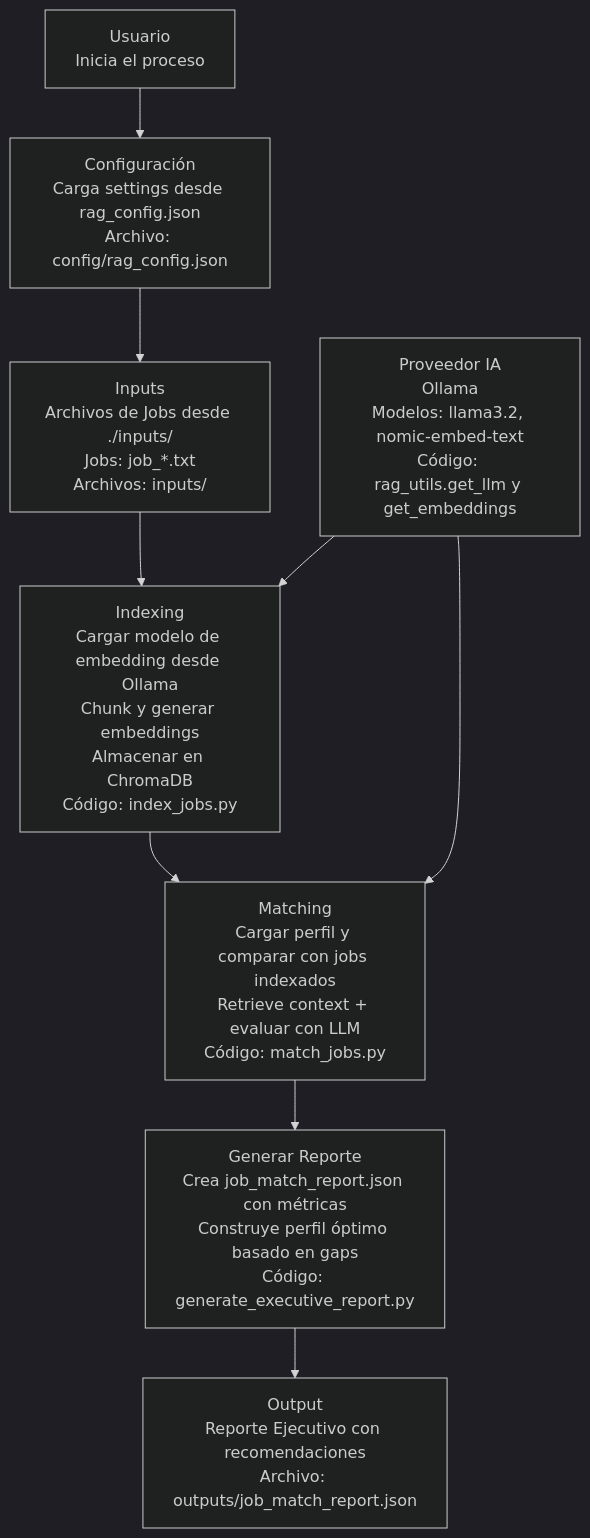
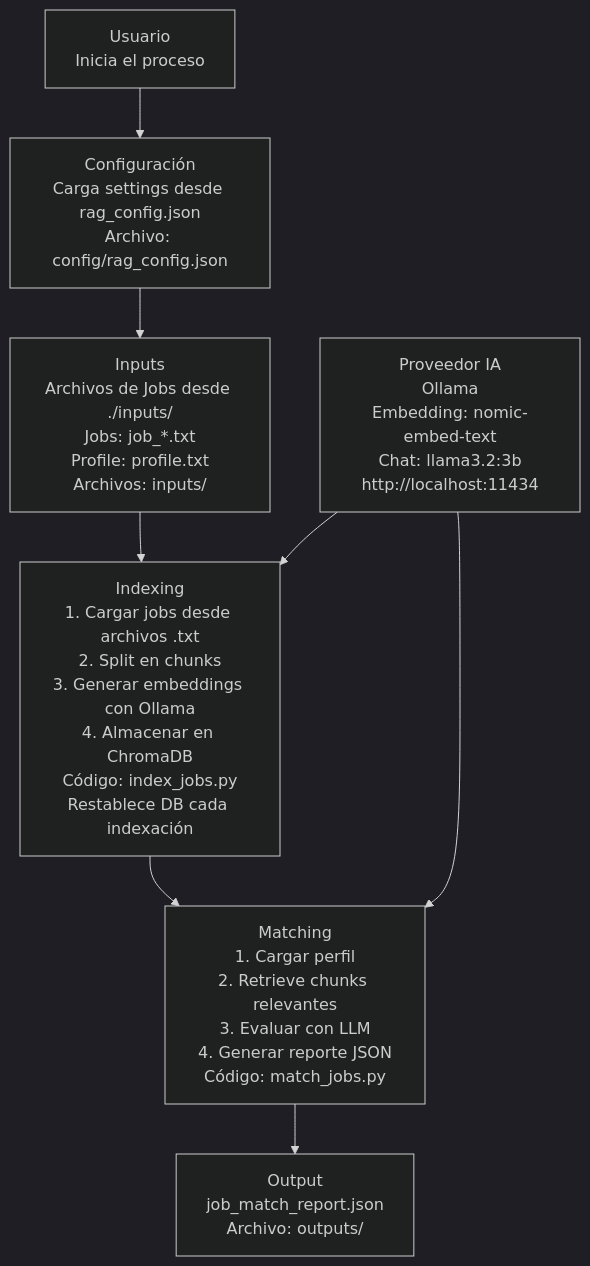
Before and after one commit to CristopherAn/por_ia: the diagram in README.md, drawn with Mermaid (dark theme). The commit also changed other lines of this file, not shown here.

````diff
--- a/README.md
+++ b/README.md
@@ -11,18 +10,16 @@
 ```mermaid
 flowchart TD
     A[Usuario<br/>Inicia el proceso] --> B[Configuración<br/>Carga settings desde rag_config.json<br/>Archivo: config/rag_config.json]
-    B --> C[Inputs<br/>Archivos de Jobs desde ./inputs/<br/>Jobs: job_*.txt<br/>Archivos: inputs/]
+    B --> C[Inputs<br/>Archivos de Jobs desde ./inputs/<br/>Jobs: job_*.txt<br/>Profile: profile.txt<br/>Archivos: inputs/]
     
-    C --> D[Indexing<br/>Cargar modelo de embedding desde Ollama<br/>Chunk y generar embeddings<br/>Almacenar en ChromaDB<br/>Código: index_jobs.py]
+    C --> D[Indexing<br/>1. Cargar jobs desde archivos .txt<br/>2. Split en chunks<br/>3. Generar embeddings con Ollama<br/>4. Almacenar en ChromaDB<br/>Código: index_jobs.py<br/>Restablece DB cada indexación]
     
-    D --> E[Matching<br/>Cargar perfil y comparar con jobs indexados<br/>Retrieve context + evaluar con LLM<br/>Código: match_jobs.py]
+    D --> E[Matching<br/>1. Cargar perfil<br/>2. Retrieve chunks relevantes<br/>3. Evaluar con LLM<br/>4. Generar reporte JSON<br/>Código: match_jobs.py]
     
-    E --> F[Generar Reporte<br/>Crea job_match_report.json con métricas<br/>Construye perfil óptimo basado en gaps<br/>Código: generate_executive_report.py]
-    
-    G[Proveedor IA<br/>Ollama<br/>Modelos: llama3.2, nomic-embed-text<br/>Código: rag_utils.get_llm y get_embeddings]
+    G[Proveedor IA<br/>Ollama<br/>Embedding: nomic-embed-text<br/>Chat: llama3.2:3b<br/>http://localhost:11434]
     
     G --> D
     G --> E
     
-    F --> H[Output<br/>Reporte Ejecutivo con recomendaciones<br/>Archivo: outputs/job_match_report.json]
+    E --> H[Output<br/>job_match_report.json<br/>Archivo: outputs/]
 ```
````
